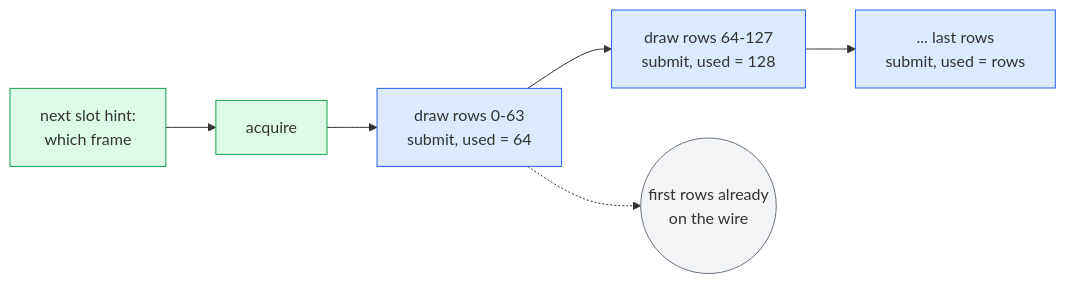
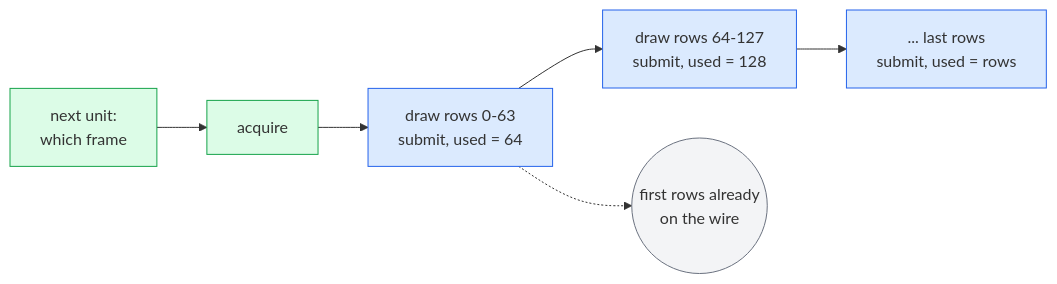
The tenth of 56 diagrams in doc/unified-api/diagrams.md (Sakoram/Media-Transport-Library), drawn with Mermaid before and after one commit. The commit also changed other lines of this file and 53 other files, not shown here.

````diff
--- a/doc/unified-api/diagrams.md
+++ b/doc/unified-api/diagrams.md
@@ -277,11 +278,11 @@
 ```mermaid
 flowchart LR
-    H["next slot hint:<br/>which frame"]:::mtl --> A["acquire"]:::mtl
+    H["next unit:<br/>which frame"]:::mtl --> A["acquire"]:::mtl
     A --> R1["draw rows 0-63<br/>submit, used = 64"]:::app
     R1 --> R2["draw rows 64-127<br/>submit, used = 128"]:::app
     R2 --> R3["... last rows<br/>submit, used = rows"]:::app
     R1 -.-> W(("first rows already<br/>on the wire")):::net
     classDef app fill:#dbeafe,stroke:#2563eb
     classDef mtl fill:#dcfce7,stroke:#16a34a
     classDef net fill:#f3f4f6,stroke:#6b7280
 ```
````
